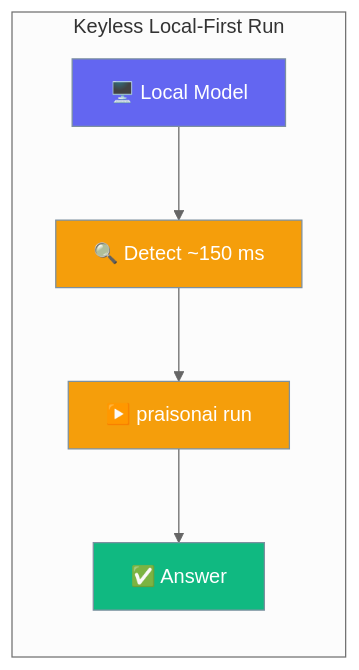
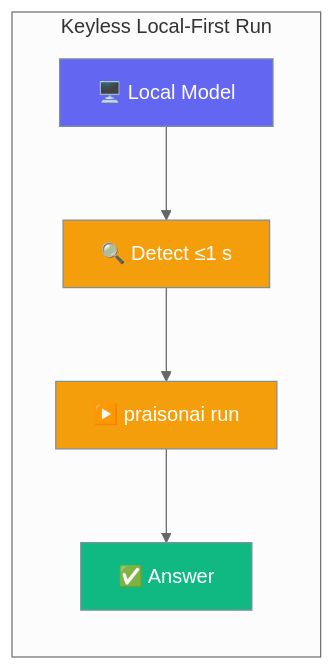
Before and after one commit to MervinPraison/PraisonAIDocs: the first of 2 diagrams in docs/features/keyless-local-first-run.mdx, drawn with Mermaid (neutral theme). The commit also changed other lines of this file and 3 other files, not shown here.

Commit message:
fix: align probe timeout (1 s) across local-detection pages; scope agent base_url to no --model

````diff
--- a/docs/features/keyless-local-first-run.mdx
+++ b/docs/features/keyless-local-first-run.mdx
@@ -10,16 +10,16 @@
 ```mermaid
 graph LR
     subgraph "Keyless Local-First Run"
-        Local[🖥️ Local Model] --> Detect[🔍 Detect ~150 ms]
+        Local[🖥️ Local Model] --> Detect[🔍 Detect ≤1 s]
         Detect --> Run[▶️ praisonai run]
         Run --> Answer[✅ Answer]
     end
 
     classDef input fill:#6366F1,stroke:#7C90A0,color:#fff
     classDef process fill:#F59E0B,stroke:#7C90A0,color:#fff
     classDef output fill:#10B981,stroke:#7C90A0,color:#fff
 
     class Local input
     class Detect,Run process
     class Answer output
 ```
````
